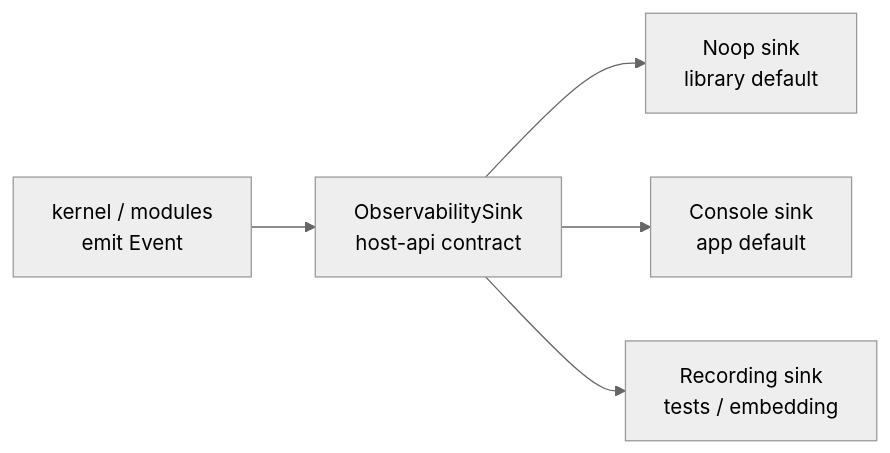
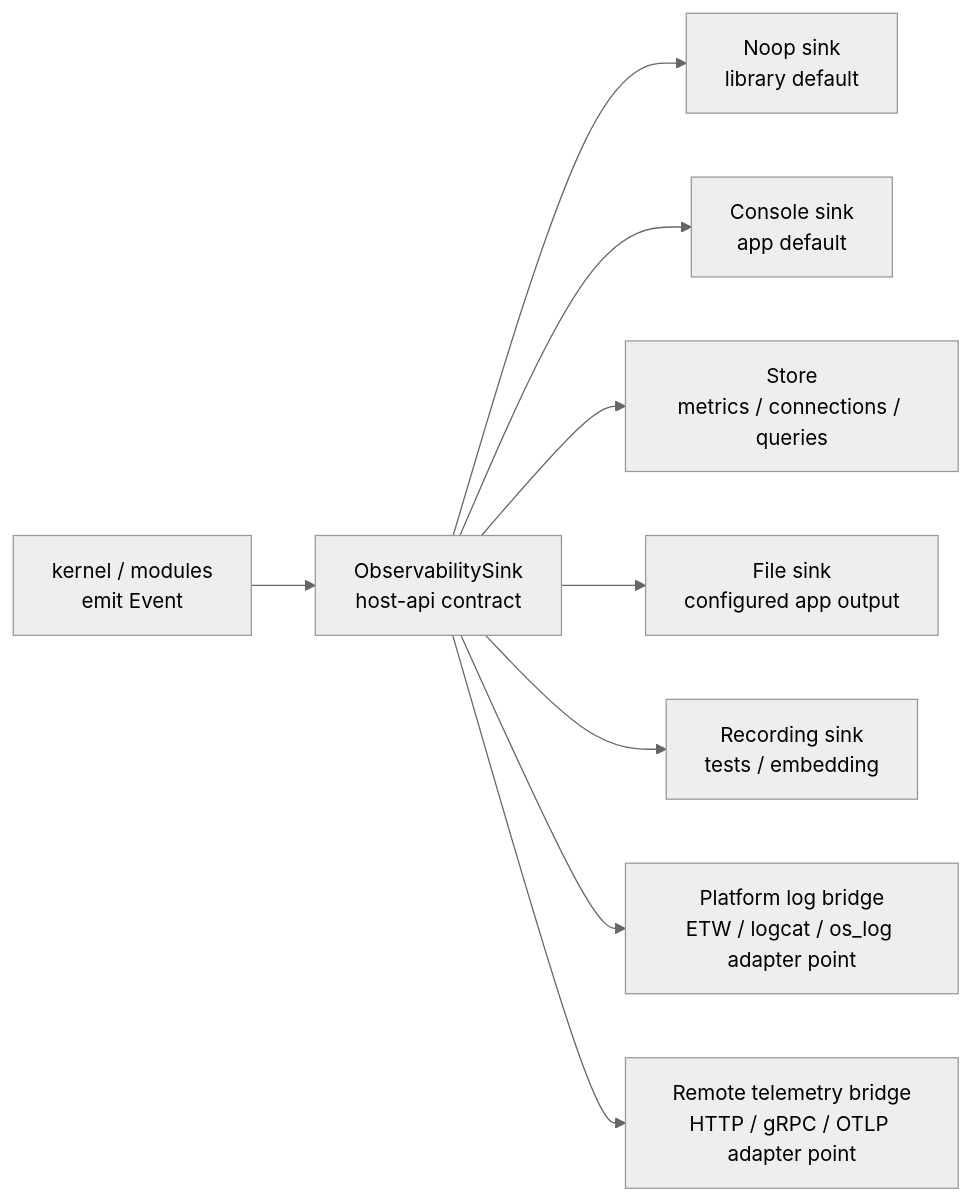
Before and after one commit to loafman1120/RustBox: the sixth of 9 diagrams in docs/current-architecture.md, drawn with Mermaid (neutral theme). The commit also changed other lines of this file and 27 other files, not shown here.

````diff
--- a/docs/current-architecture.md
+++ b/docs/current-architecture.md
@@ -346,13 +382,21 @@
 ```mermaid
 flowchart LR
     CORE["kernel / modules\nemit Event"]
     API["ObservabilitySink\nhost-api contract"]
     NOOP["Noop sink\nlibrary default"]
     CONSOLE["Console sink\napp default"]
+    STORE["Store\nmetrics / connections / queries"]
+    FILE["File sink\nconfigured app output"]
     RECORD["Recording sink\ntests / embedding"]
+    PLATFORM["Platform log bridge\nETW / logcat / os_log adapter point"]
+    REMOTE["Remote telemetry bridge\nHTTP / gRPC / OTLP adapter point"]
 
     CORE --> API
     API --> NOOP
     API --> CONSOLE
+    API --> STORE
+    API --> FILE
     API --> RECORD
+    API --> PLATFORM
+    API --> REMOTE
 ```
````
